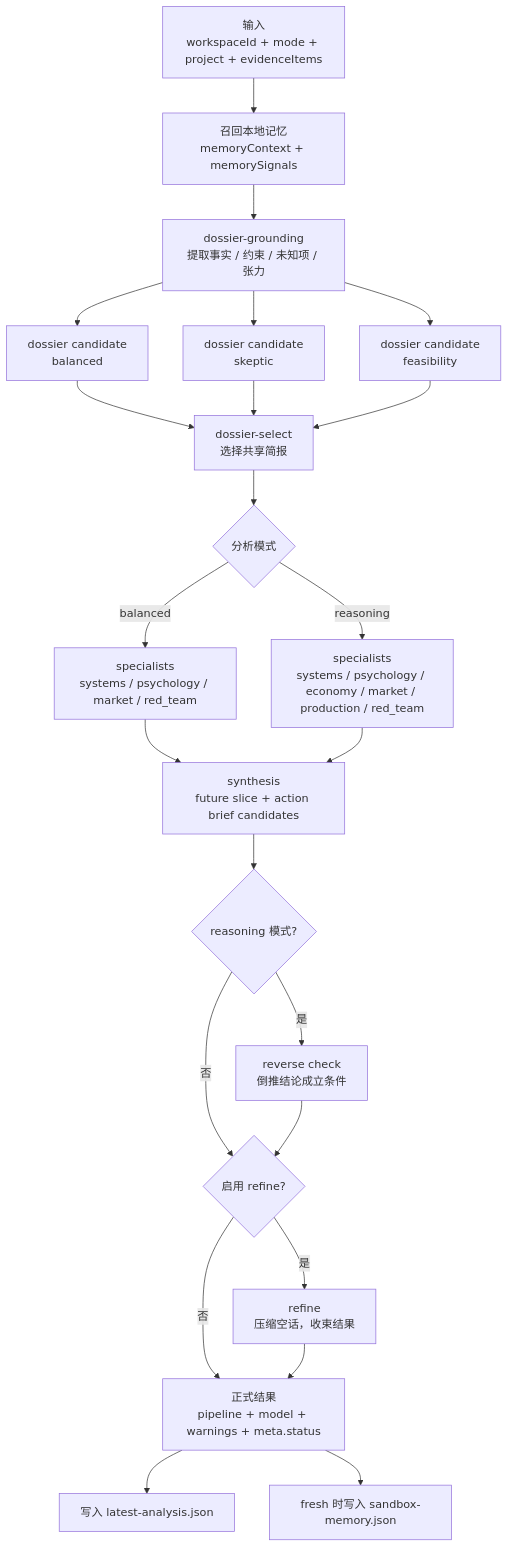
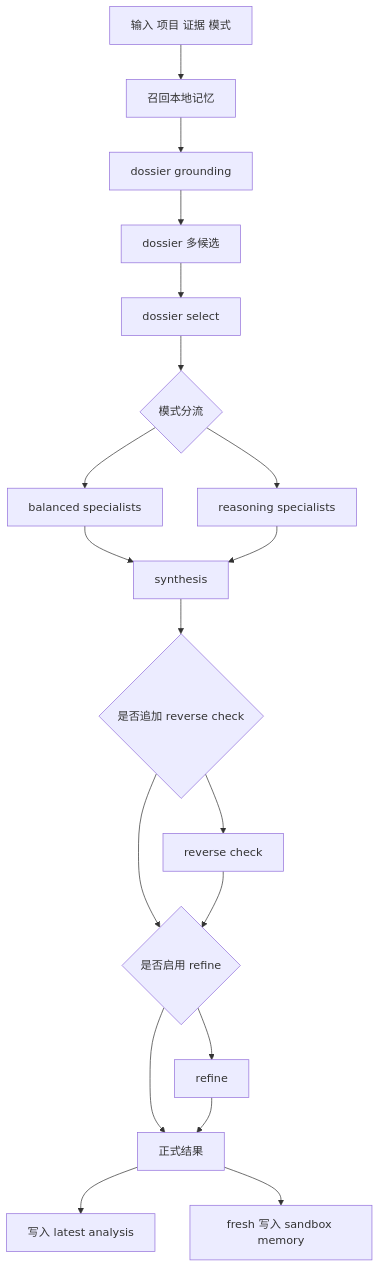
One commit to Ningsui0714/DeltaArc changed the diagram in README.md. Above: the diagram before and after it, drawn with Mermaid. The commit also changed other lines of this file and 5 other files, not shown here.

Commit message:
Add README screenshots and fix Mermaid rendering

````diff
--- a/README.md
+++ b/README.md
@@ -248,23 +275,34 @@
 ```mermaid
 flowchart TD
-    A["输入<br/>workspaceId + mode + project + evidenceItems"] --> B["召回本地记忆<br/>memoryContext + memorySignals"]
-    B --> C["dossier-grounding<br/>提取事实 / 约束 / 未知项 / 张力"]
-    C --> D1["dossier candidate<br/>balanced"]
-    C --> D2["dossier candidate<br/>skeptic"]
-    C --> D3["dossier candidate<br/>feasibility"]
-    D1 --> E["dossier-select<br/>选择共享简报"]
-    D2 --> E
-    D3 --> E
-    E --> F{"分析模式"}
-    F -->|"balanced"| G["specialists<br/>systems / psychology / market / red_team"]
-    F -->|"reasoning"| H["specialists<br/>systems / psychology / economy / market / production / red_team"]
-    G --> I["synthesis<br/>future slice + action brief candidates"]
+    A[输入 项目 证据 模式]
+    B[召回本地记忆]
+    C[dossier grounding]
+    D[dossier 多候选]
+    E[dossier select]
+    F{模式分流}
+    G[balanced specialists]
+    H[reasoning specialists]
+    I[synthesis]
+    J{是否追加 reverse check}
+    K{是否启用 refine}
+    L[reverse check]
+    M[正式结果]
+    N[refine]
+    O[写入 latest analysis]
+    P[fresh 写入 sandbox memory]
+
+    A --> B --> C --> D --> E --> F
+    F --> G
+    F --> H
+    G --> I
     H --> I
-    I --> J{"reasoning 模式?"}
-    J -->|"否"| K{"启用 refine?"}
-    J -->|"是"| L["reverse check<br/>倒推结论成立条件"] --> K
-    K -->|"否"| M["正式结果<br/>pipeline + model + warnings + meta.status"]
-    K -->|"是"| N["refine<br/>压缩空话，收束结果"] --> M
-    M --> O["写入 latest-analysis.json"]
-    M --> P["fresh 时写入 sandbox-memory.json"]
+    I --> J
+    J --> K
+    J --> L
+    L --> K
+    K --> M
+    K --> N
+    N --> M
+    M --> O
+    M --> P
 ```
````
